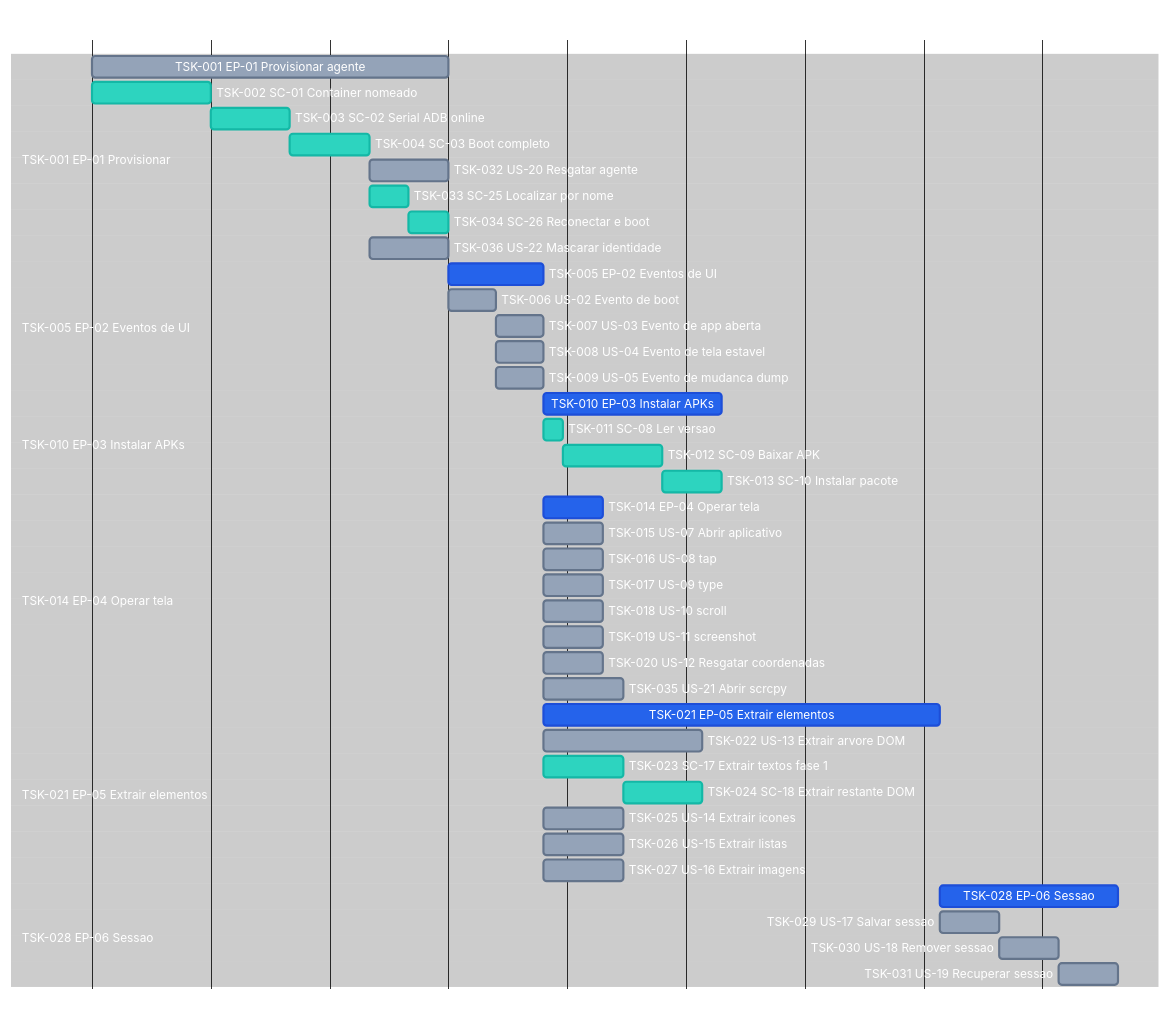
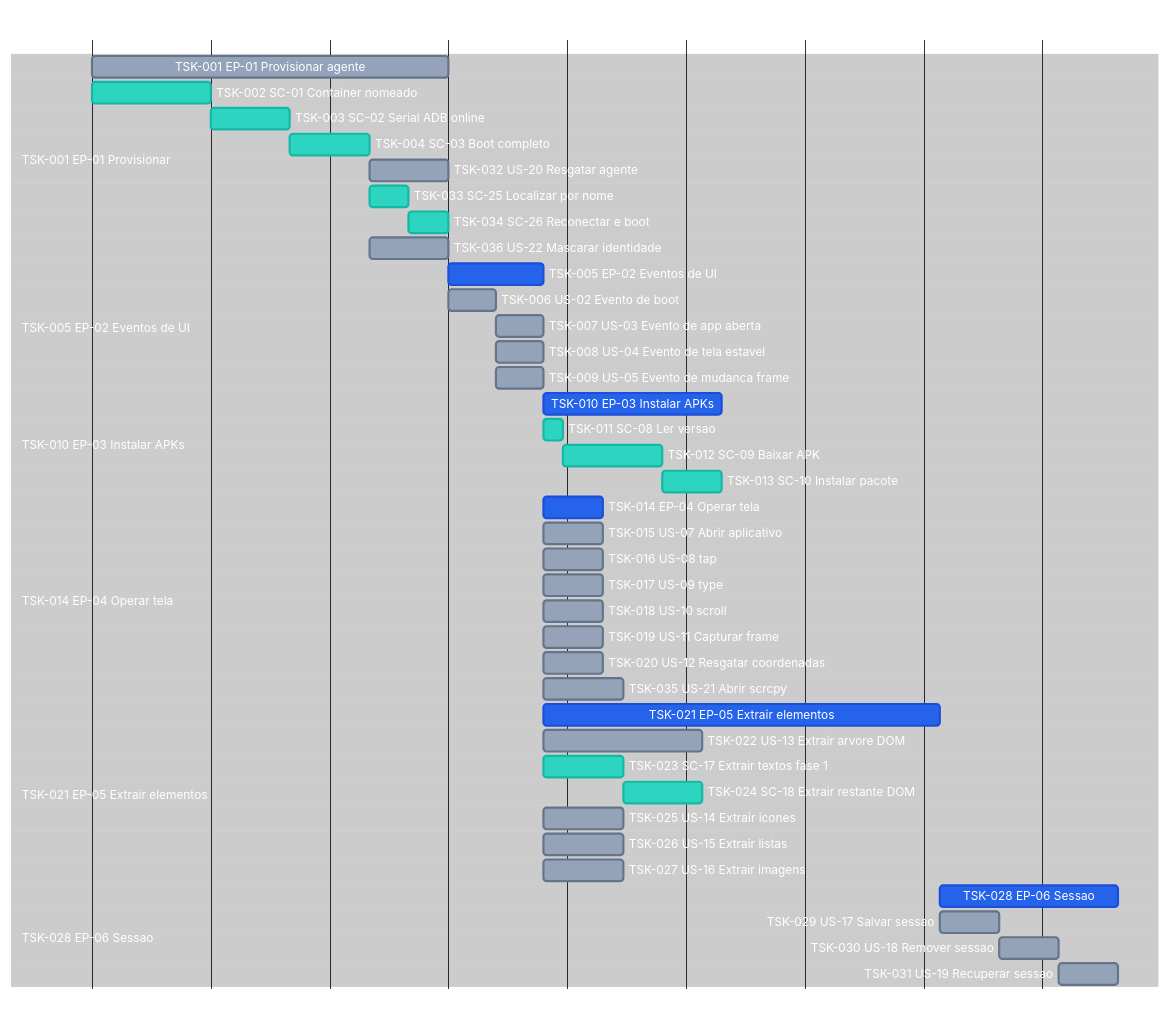
The diagram in screen-robot/7.tasks.md (laerciogermano/workstation), drawn with Mermaid before and after one commit. The commit also changed other lines of this file and 27 other files, not shown here.

First line of the commit message:
Documenta percepção e automação por frame + OCR/visão (sem dump uiautomator).

```diff
--- a/screen-robot/7.tasks.md
+++ b/screen-robot/7.tasks.md
@@ -67,7 +67,7 @@
   TSK-006 US-02 Evento de boot          :tsk06, after tsk01, 12m
   TSK-007 US-03 Evento de app aberta    :tsk07, after tsk06, 12m
   TSK-008 US-04 Evento de tela estavel  :tsk08, after tsk06, 12m
-  TSK-009 US-05 Evento de mudanca dump  :tsk09, after tsk06, 12m
+  TSK-009 US-05 Evento de mudanca frame :tsk09, after tsk06, 12m
 
   section TSK-010 EP-03 Instalar APKs
   TSK-010 EP-03 Instalar APKs           :done, tsk10, after tsk09, 45m
@@ -81,7 +81,7 @@
   TSK-016 US-08 tap                     :tsk16, after tsk09, 15m
   TSK-017 US-09 type                    :tsk17, after tsk09, 15m
   TSK-018 US-10 scroll                  :tsk18, after tsk09, 15m
-  TSK-019 US-11 screenshot              :tsk19, after tsk09, 15m
+  TSK-019 US-11 Capturar frame          :tsk19, after tsk09, 15m
   TSK-020 US-12 Resgatar coordenadas    :tsk20, after tsk09, 15m
   TSK-035 US-21 Abrir scrcpy            :tsk35, after tsk09, 20m
 
```
